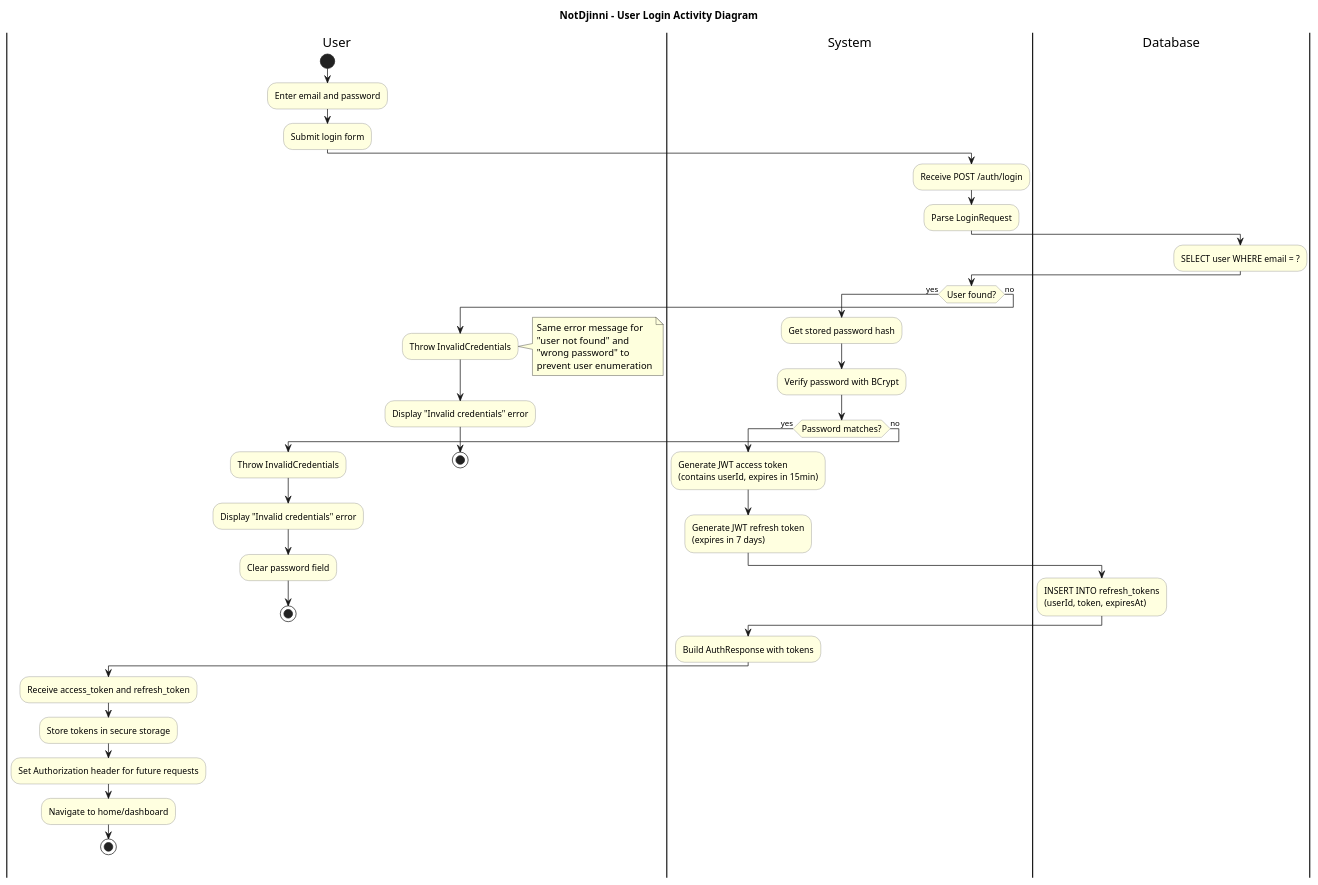
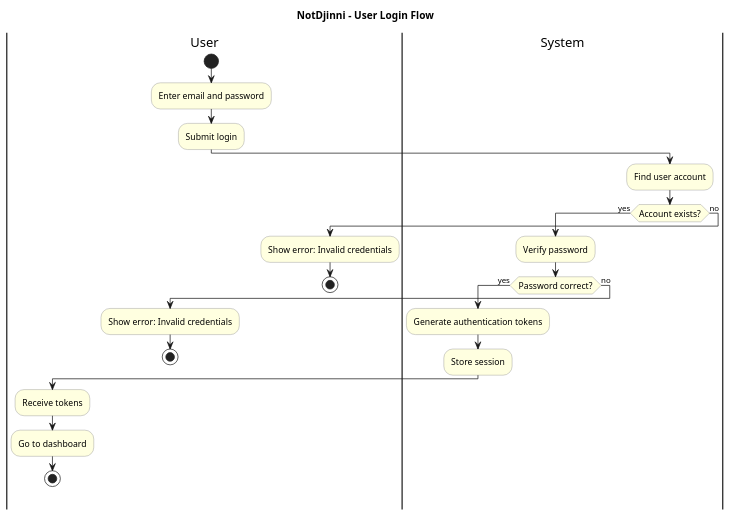
Before and after one commit to hmokryiedu/NotDjinni: the diagram in diagram/business/user-login-flow.puml, drawn with PlantUML. The commit also changed 48 other files, not shown here.

```diff
--- a/diagram/business/user-login-flow.puml
+++ b/diagram/business/user-login-flow.puml
@@ -1,66 +1,41 @@
 @startuml User Login Flow
 
 skinparam activity {
     BackgroundColor LightYellow
     BorderColor Gray
     FontSize 12
 }
 
-title NotDjinni - User Login Activity Diagram
+title NotDjinni - User Login Flow
 
 |User|
 start
 :Enter email and password;
-:Submit login form;
+:Submit login;
 
 |System|
-:Receive POST /auth/login;
-:Parse LoginRequest;
+:Find user account;
 
-|Database|
-:SELECT user WHERE email = ?;
+if (Account exists?) then (yes)
+    :Verify password;
 
-|System|
-if (User found?) then (yes)
-    :Get stored password hash;
-    :Verify password with BCrypt;
-
-    if (Password matches?) then (yes)
-        :Generate JWT access token\n(contains userId, expires in 15min);
-        :Generate JWT refresh token\n(expires in 7 days);
-
-        |Database|
-        :INSERT INTO refresh_tokens\n(userId, token, expiresAt);
-
-        |System|
-        :Build AuthResponse with tokens;
+    if (Password correct?) then (yes)
+        :Generate authentication tokens;
+        :Store session;
 
         |User|
-        :Receive access_token and refresh_token;
-        :Store tokens in secure storage;
-        :Set Authorization header for future requests;
-        :Navigate to home/dashboard;
+        :Receive tokens;
+        :Go to dashboard;
         stop
-
     else (no)
-        :Throw InvalidCredentials;
         |User|
-        :Display "Invalid credentials" error;
-        :Clear password field;
+        :Show error: Invalid credentials;
         stop
     endif
-
 else (no)
-    :Throw InvalidCredentials;
-    note right
-        Same error message for
-        "user not found" and
-        "wrong password" to
-        prevent user enumeration
-    end note
     |User|
-    :Display "Invalid credentials" error;
+    :Show error: Invalid credentials;
     stop
 endif
 
 @enduml
```
